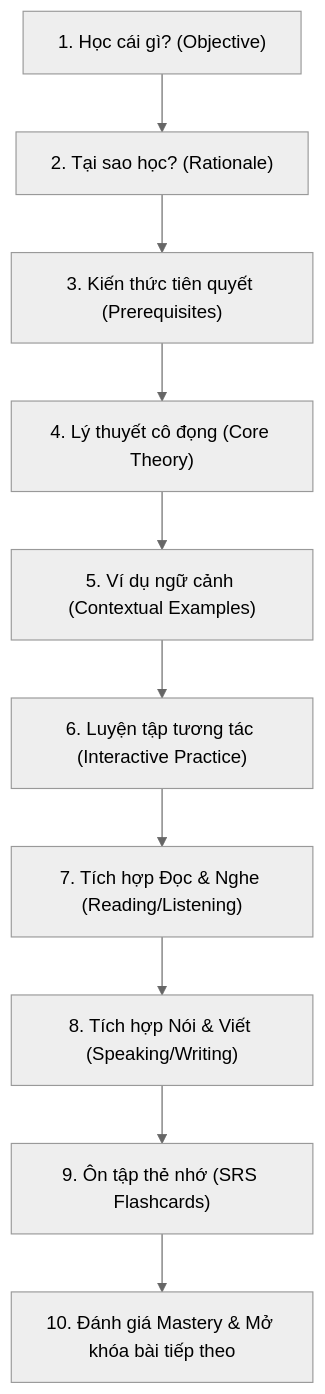
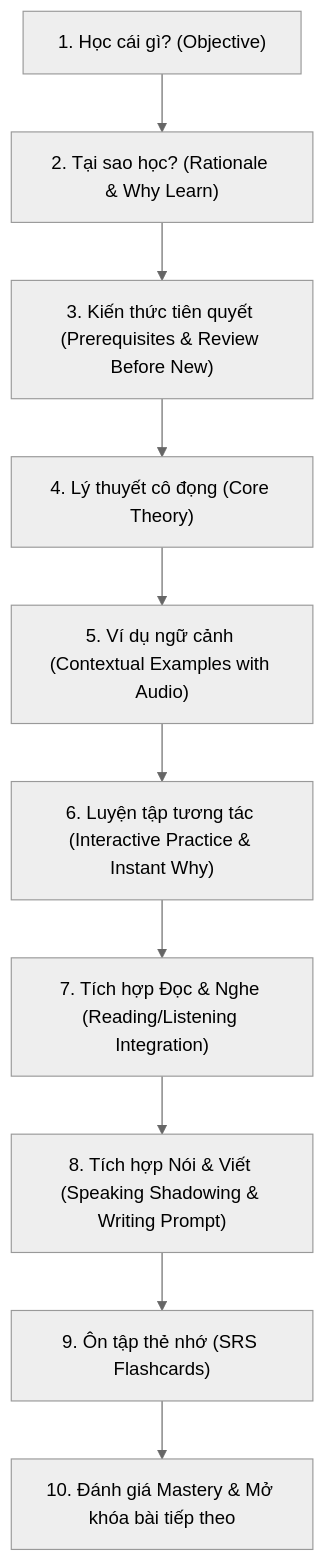
Before and after one commit to Okeydokey8525/USSR_A1-B1: the diagram in CURRICULUM_COVERAGE_MATRIX.md, drawn with Mermaid (neutral theme). The commit also changed other lines of this file and 47 other files, not shown here.

````diff
--- a/CURRICULUM_COVERAGE_MATRIX.md
+++ b/CURRICULUM_COVERAGE_MATRIX.md
@@ -37,12 +43,12 @@
 ```mermaid
 graph TD
-    A["1. Học cái gì? (Objective)"] --> B["2. Tại sao học? (Rationale)"]
-    B --> C["3. Kiến thức tiên quyết (Prerequisites)"]
+    A["1. Học cái gì? (Objective)"] --> B["2. Tại sao học? (Rationale & Why Learn)"]
+    B --> C["3. Kiến thức tiên quyết (Prerequisites & Review Before New)"]
     C --> D["4. Lý thuyết cô đọng (Core Theory)"]
-    D --> E["5. Ví dụ ngữ cảnh (Contextual Examples)"]
-    E --> F["6. Luyện tập tương tác (Interactive Practice)"]
-    F --> G["7. Tích hợp Đọc & Nghe (Reading/Listening)"]
-    G --> H["8. Tích hợp Nói & Viết (Speaking/Writing)"]
+    D --> E["5. Ví dụ ngữ cảnh (Contextual Examples with Audio)"]
+    E --> F["6. Luyện tập tương tác (Interactive Practice & Instant Why)"]
+    F --> G["7. Tích hợp Đọc & Nghe (Reading/Listening Integration)"]
+    G --> H["8. Tích hợp Nói & Viết (Speaking Shadowing & Writing Prompt)"]
     H --> I["9. Ôn tập thẻ nhớ (SRS Flashcards)"]
     I --> J["10. Đánh giá Mastery & Mở khóa bài tiếp theo"]
 ```
````
